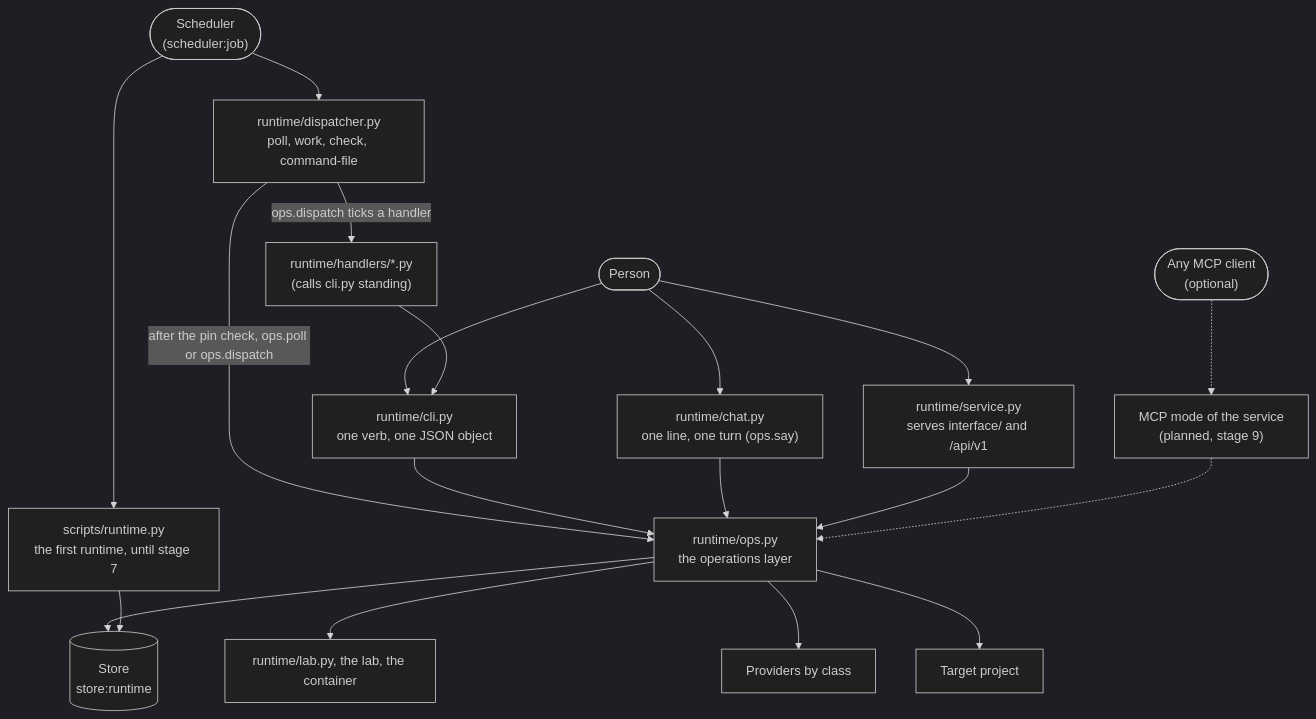
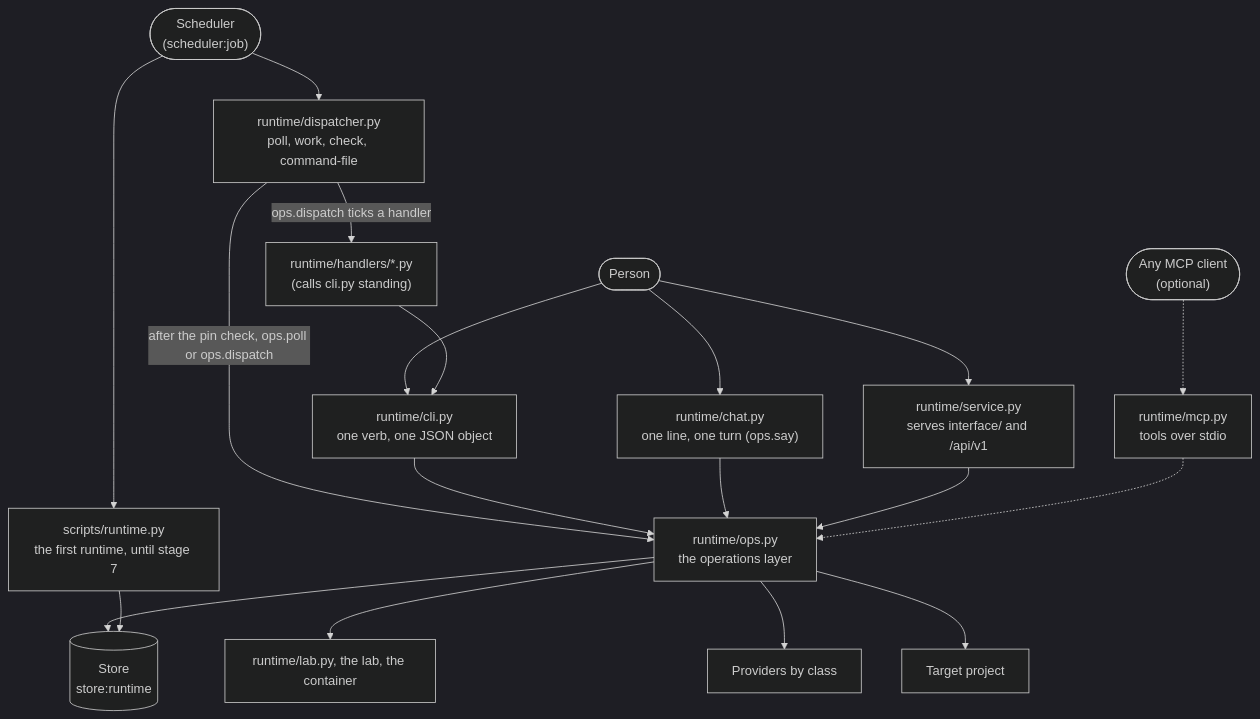
Before and after one commit to chrissgon/ai-workbench: the diagram in docs/architecture/platform/shells.md, drawn with Mermaid (dark theme). The commit also changed other lines of this file and 10 other files, not shown here.

First line of the commit message:
feat(runtime): the MCP mode: the allowed operations as tools over stdio, approve of an effect refused (WP-9.7)

````diff
--- a/docs/architecture/platform/shells.md
+++ b/docs/architecture/platform/shells.md
@@ -13,37 +13,37 @@
 ```mermaid
 flowchart TB
     P(["Person"])
     S(["Scheduler<br/>(scheduler:job)"])
     CLI["runtime/cli.py<br/>one verb, one JSON object"]
     CHAT["runtime/chat.py<br/>one line, one turn (ops.say)"]
     DISP["runtime/dispatcher.py<br/>poll, work, check, command-file"]
     H["runtime/handlers/*.py<br/>(calls cli.py standing)"]
     SVC["runtime/service.py<br/>serves interface/ and /api/v1"]
-    MCP["MCP mode of the service<br/>(planned, stage 9)"]
+    MCP["runtime/mcp.py<br/>tools over stdio"]
     C(["Any MCP client<br/>(optional)"])
     OPS["runtime/ops.py<br/>the operations layer"]
     ST[("Store<br/>store:runtime")]
     LAB["runtime/lab.py, the lab, the container"]
     PR["Providers by class"]
     PJ["Target project"]
     OLD["scripts/runtime.py<br/>the first runtime, until stage 7"]
 
     P --> CLI
     P --> CHAT
     P --> SVC
     C -.-> MCP
     S --> DISP
     S --> OLD
     DISP -->|"after the pin check, ops.poll or ops.dispatch"| OPS
     DISP -->|"ops.dispatch ticks a handler"| H
     H --> CLI
     CLI --> OPS
     CHAT --> OPS
     SVC --> OPS
     MCP -.-> OPS
     OPS --> ST
     OPS --> LAB
     OPS --> PR
     OPS --> PJ
     OLD --> ST
 ```
````
